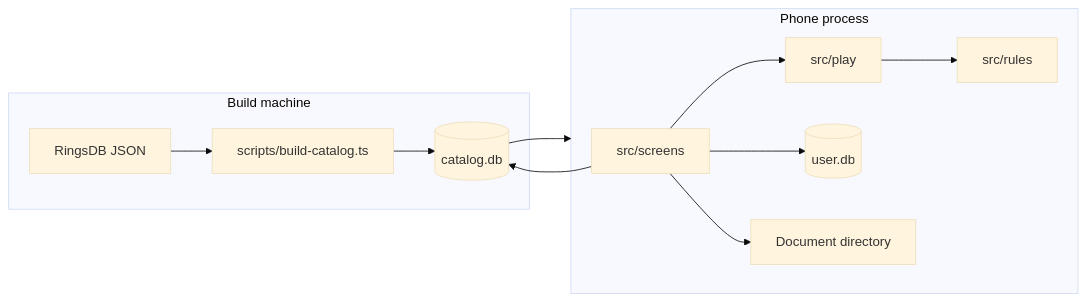
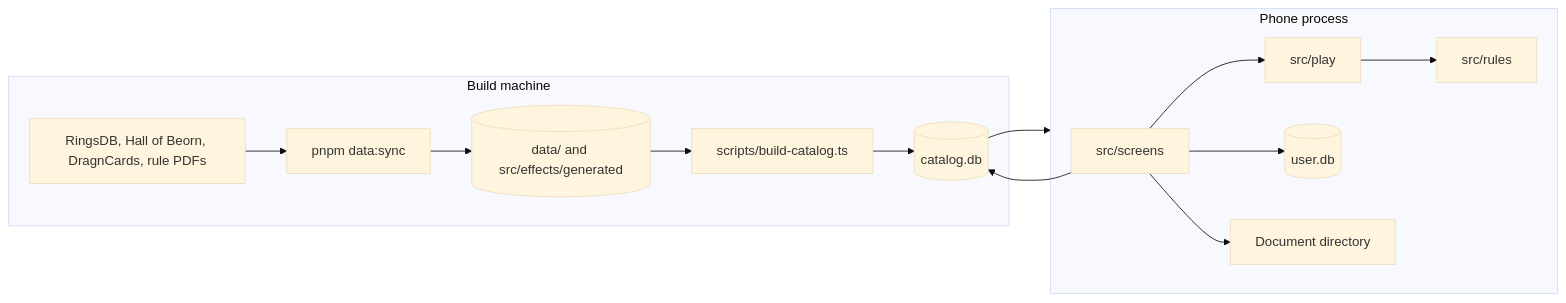
The first of 3 diagrams in docs/architecture.md (j-jmnz/middle-earth-player), drawn with Mermaid (base theme) before and after one commit. The commit also changed other lines of this file and 19 other files, not shown here.

````diff
--- a/docs/architecture.md
+++ b/docs/architecture.md
@@ -38,21 +38,24 @@
 ```mermaid
 flowchart LR
   subgraph dev [Build machine]
-    RingsDB[RingsDB JSON]
+    Sources[RingsDB, Hall of Beorn, DragnCards, rule PDFs]
+    Sync[pnpm data:sync]
+    Data[(data/ and src/effects/generated)]
     Script[scripts/build-catalog.ts]
     Catalog[(catalog.db)]
-    RingsDB --> Script --> Catalog
+    Sources --> Sync --> Data
+    Data --> Script --> Catalog
   end
   subgraph phone [Phone process]
     Screens[src/screens]
     Play[src/play]
     Rules[src/rules]
     User[(user.db)]
     Images[Document directory]
     Screens --> Play --> Rules
     Screens --> User
     Screens --> Catalog
     Screens --> Images
   end
   Catalog --> phone
 ```
````
